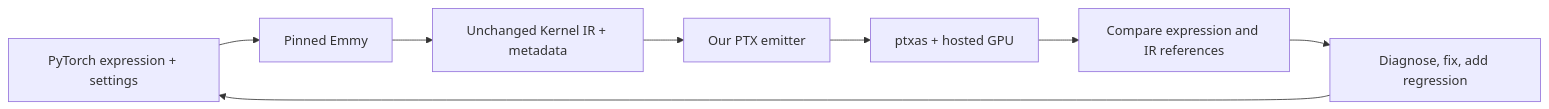
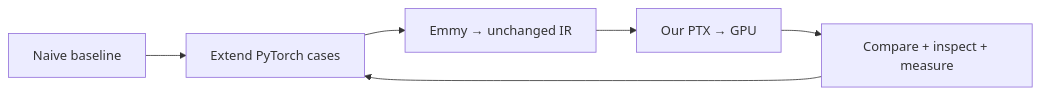
One commit to Ali-Nawed/emmy-ptx-compiler changed the second of 2 diagrams in docs/compiler/18-presentation-walkthrough.md. Above: the diagram before and after it, drawn with Mermaid. The commit also changed other lines of this file and 2 other files, not shown here.

````diff
--- a/docs/compiler/18-presentation-walkthrough.md
+++ b/docs/compiler/18-presentation-walkthrough.md
@@ -20,10 +75,8 @@
 ```mermaid
 flowchart LR
-    A[PyTorch expression + settings] --> B[Pinned Emmy]
-    B --> C[Unchanged Kernel IR + metadata]
-    C --> D[Our PTX emitter]
-    D --> E[ptxas + hosted GPU]
-    E --> F[Compare expression and IR references]
-    F --> G[Diagnose, fix, add regression]
-    G --> A
+    A[Naive baseline] --> B[Extend PyTorch cases]
+    B --> C[Emmy → unchanged IR]
+    C --> D[Our PTX → GPU]
+    D --> E[Compare + inspect + measure]
+    E --> B
 ```
````
